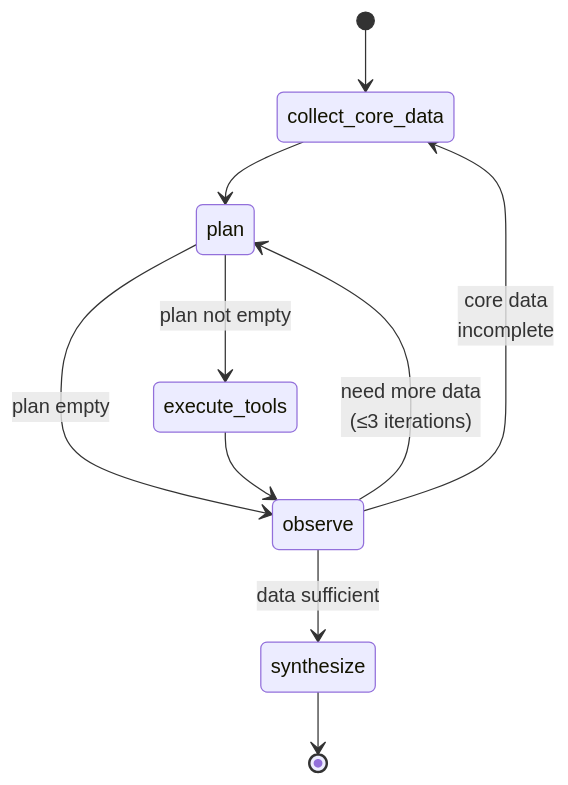
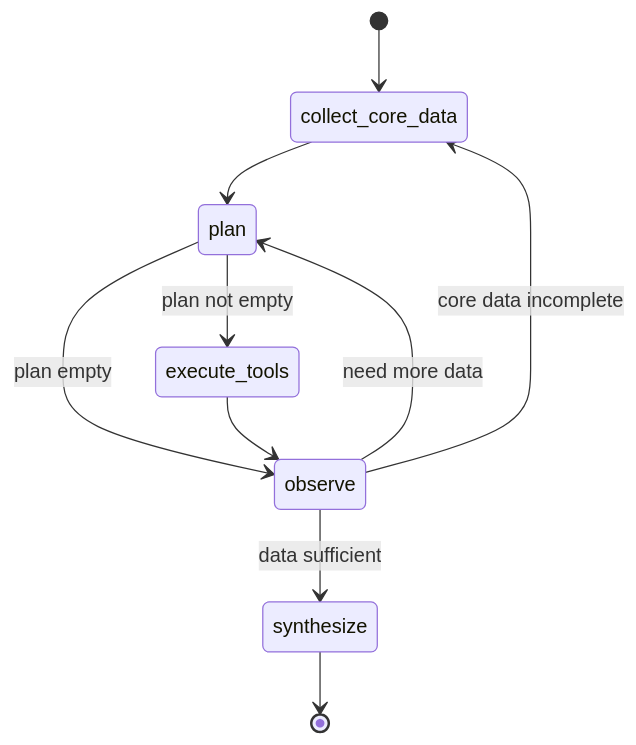
Before and after one commit to andy-c-426/assets_analytics_agent: the second of 2 diagrams in README.md, drawn with Mermaid. The commit also changed other lines of this file, not shown here.

First line of the commit message:
fix: simplify Mermaid diagrams for GitHub rendering compatibility

````diff
--- a/README.md
+++ b/README.md
@@ -49,12 +49,12 @@
 ```mermaid
 stateDiagram-v2
     [*] --> collect_core_data
     collect_core_data --> plan
     plan --> execute_tools : plan not empty
     plan --> observe : plan empty
     execute_tools --> observe
-    observe --> plan : need more data<br/>(≤3 iterations)
-    observe --> collect_core_data : core data<br/>incomplete
+    observe --> plan : need more data
+    observe --> collect_core_data : core data incomplete
     observe --> synthesize : data sufficient
     synthesize --> [*]
 ```
````
